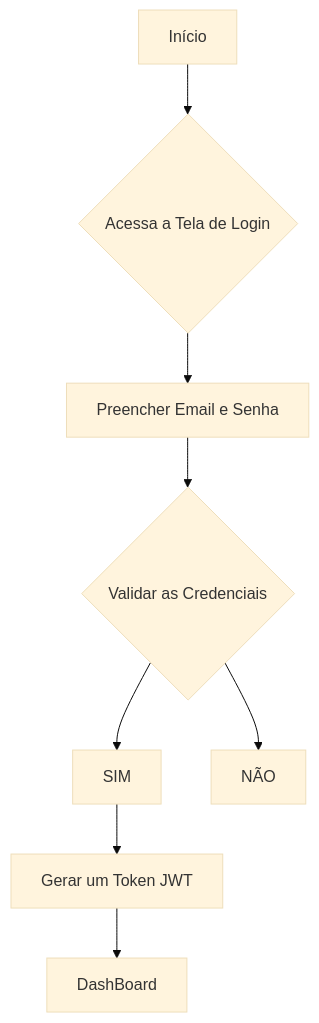
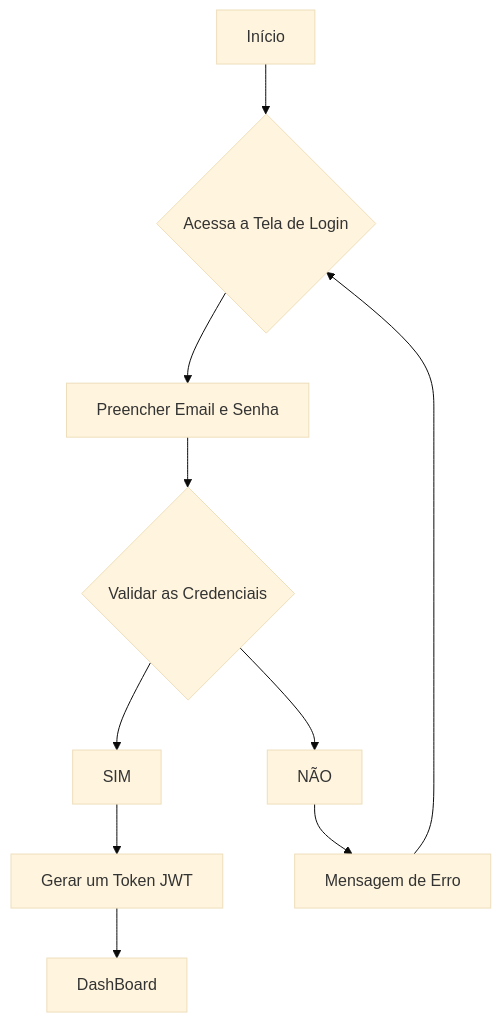
The third of 3 diagrams in Frameworks/Next/formativa-sgm/README.md (JPcardosoo/FrontEnd), drawn with Mermaid (base theme) before and after one commit. The commit also changed other lines of this file, not shown here.

````diff
--- a/Frameworks/Next/formativa-sgm/README.md
+++ b/Frameworks/Next/formativa-sgm/README.md
@@ -155,11 +148,12 @@
 ```mermaid
 
 graph TD
     A[Início] --> B{Acessa a Tela de Login}
     B --> C[Preencher Email e Senha]
     C --> D{Validar as Credenciais}
     D --> SIM --> E[Gerar um Token JWT]
     E --> F[DashBoard]
-    D --> NÃO 
+    D --> NÃO --> G[Mensagem de Erro]
+    G --> B
 
 ```
````
